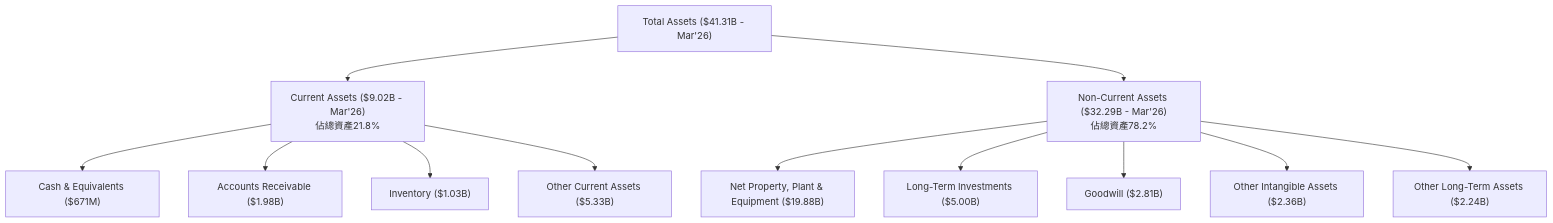
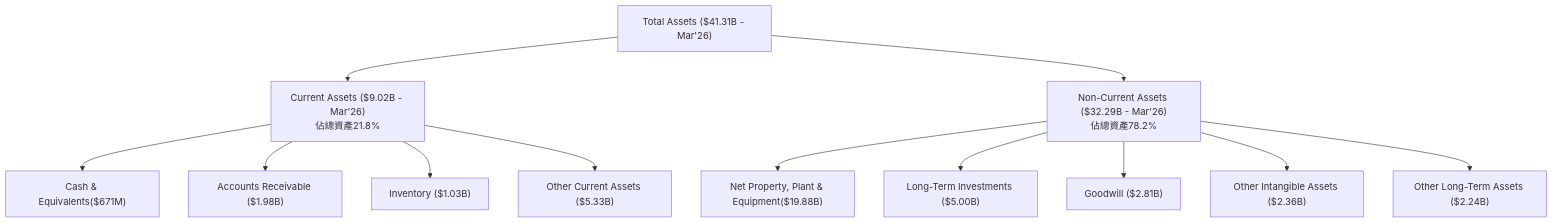
The sixth of 6 diagrams in ai_gen_report/stock/vst/fundamental_analysis_2026-07-06_gemini.md (yennanliu/finance_data), drawn with Mermaid before and after one commit. The commit also changed 2258 other files, not shown here.

First line of the commit message:
chore: backfill Mermaid syntax repair across existing reports

````diff
--- a/ai_gen_report/stock/vst/fundamental_analysis_2026-07-06_gemini.md
+++ b/ai_gen_report/stock/vst/fundamental_analysis_2026-07-06_gemini.md
@@ -349,18 +349,18 @@
 ```mermaid
 graph TD
     TA["Total Assets ($41.31B - Mar'26)"]
 
     TA --> CA["Current Assets ($9.02B - Mar'26)<br/>佔總資產21.8%"]
     TA --> NCA["Non-Current Assets ($32.29B - Mar'26)<br/>佔總資產78.2%"]
 
-    CA --> CashEQ["Cash & Equivalents ($671M)"]
+    CA --> CashEQ["Cash & Equivalents($671M)"]
     CA --> AR["Accounts Receivable ($1.98B)"]
     CA --> Inventory["Inventory ($1.03B)"]
     CA --> OthCA["Other Current Assets ($5.33B)"]
 
-    NCA --> PPE["Net Property, Plant & Equipment ($19.88B)"]
+    NCA --> PPE["Net Property, Plant & Equipment($19.88B)"]
     NCA --> LTInv["Long-Term Investments ($5.00B)"]
     NCA --> Goodwill["Goodwill ($2.81B)"]
     NCA --> OthIA["Other Intangible Assets ($2.36B)"]
     NCA --> OthLTA["Other Long-Term Assets ($2.24B)"]
 ```
````
